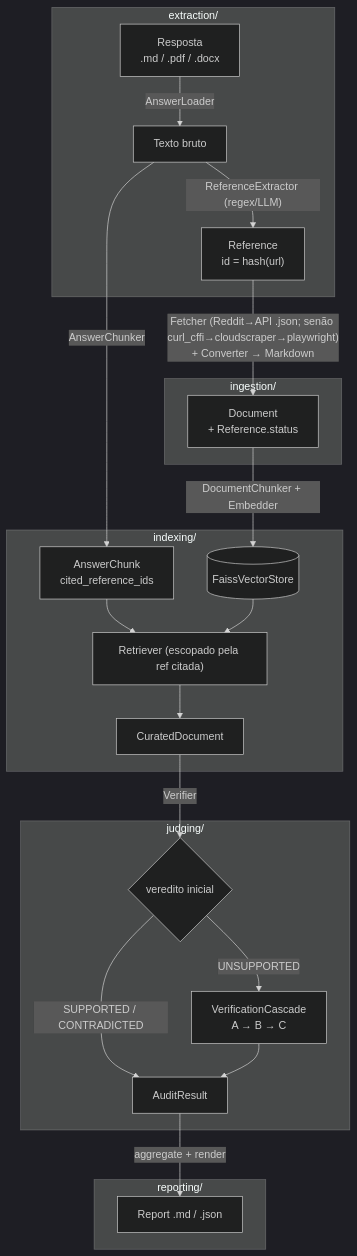
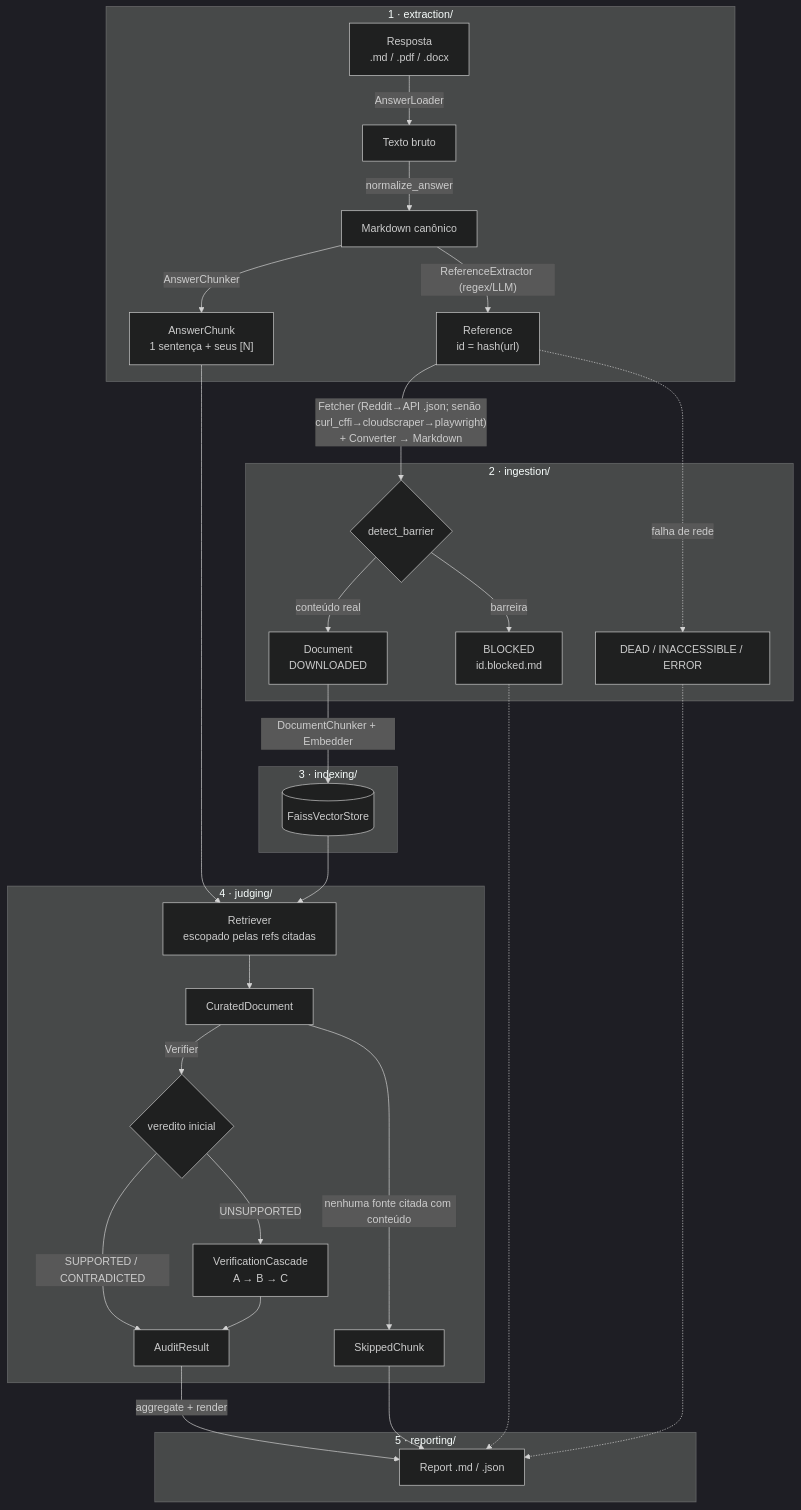
The diagram in README.md (menezs/deep-research-auditor), drawn with Mermaid (dark theme) before and after one commit. The commit also changed other lines of this file and 4 other files, not shown here.

````diff
--- a/README.md
+++ b/README.md
@@ -15,32 +15,40 @@
 ```mermaid
 flowchart TD
     IN["Resposta<br/>.md / .pdf / .docx"]
 
-    subgraph EXT["extraction/"]
-        IN -->|AnswerLoader| TXT["Texto bruto"]
+    subgraph EXT["1 · extraction/"]
+        IN -->|AnswerLoader| RAW["Texto bruto"]
+        RAW -->|normalize_answer| TXT["Markdown canônico"]
         TXT -->|"ReferenceExtractor (regex/LLM)"| REF["Reference<br/>id = hash(url)"]
+        TXT -->|AnswerChunker| CHK["AnswerChunk<br/>1 sentença + seus [N]"]
     end
 
-    subgraph ING["ingestion/"]
-        REF -->|"Fetcher (Reddit→API .json; senão curl_cffi→cloudscraper→playwright)<br/>+ Converter → Markdown"| DOC["Document<br/>+ Reference.status"]
+    subgraph ING["2 · ingestion/"]
+        REF -->|"Fetcher (Reddit→API .json; senão curl_cffi→cloudscraper→playwright)<br/>+ Converter → Markdown"| BAR{"detect_barrier"}
+        BAR -->|conteúdo real| DOC["Document<br/>DOWNLOADED"]
+        BAR -->|barreira| BLK["BLOCKED<br/>id.blocked.md"]
+        REF -.->|falha de rede| FAIL["DEAD / INACCESSIBLE / ERROR"]
     end
 
-    subgraph IDX["indexing/"]
-        TXT -->|AnswerChunker| CHK["AnswerChunk<br/>cited_reference_ids"]
+    subgraph IDX["3 · indexing/"]
         DOC -->|"DocumentChunker + Embedder"| VS[("FaissVectorStore")]
-        CHK --> RET["Retriever (escopado pela ref citada)"]
+    end
+
+    subgraph JUD["4 · judging/"]
+        CHK --> RET["Retriever<br/>escopado pelas refs citadas"]
         VS --> RET
         RET --> CUR["CuratedDocument"]
-    end
-
-    subgraph JUD["judging/"]
+        CUR -->|"nenhuma fonte citada com conteúdo"| SKIP["SkippedChunk"]
         CUR -->|Verifier| V0{"veredito inicial"}
         V0 -->|"SUPPORTED / CONTRADICTED"| RES["AuditResult"]
         V0 -->|UNSUPPORTED| CASC["VerificationCascade<br/>A → B → C"]
         CASC --> RES
     end
 
-    subgraph REP["reporting/"]
+    subgraph REP["5 · reporting/"]
         RES -->|"aggregate + render"| OUT["Report .md / .json"]
+        SKIP --> OUT
+        BLK -.-> OUT
+        FAIL -.-> OUT
     end
 ```
````
